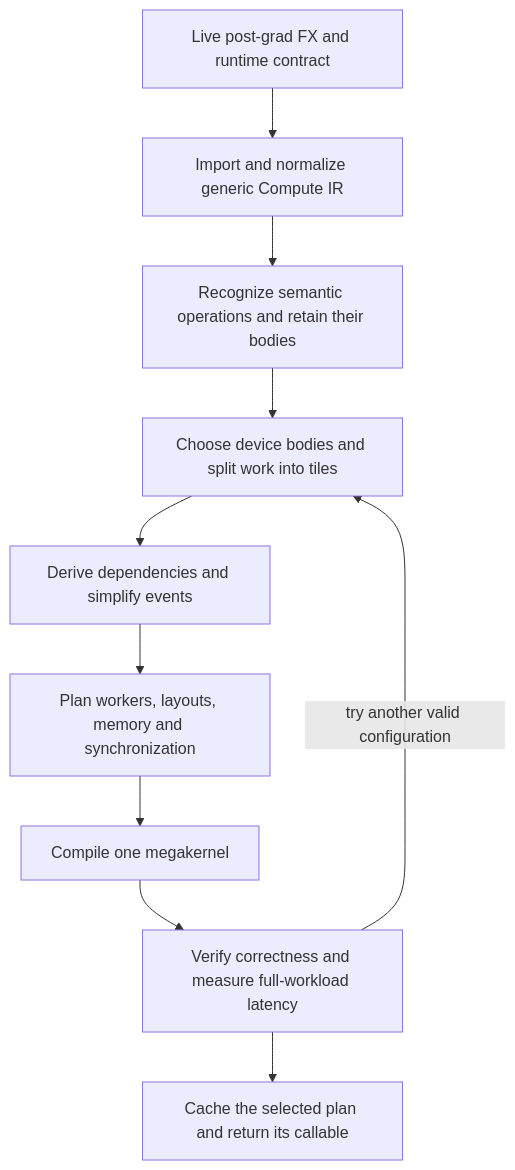
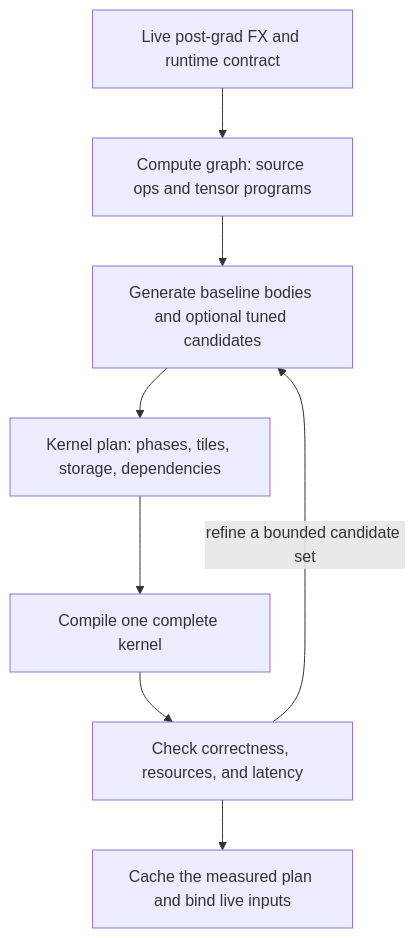
Before and after one commit to megabake/megabake: the diagram in ARCHITECTURE.md, drawn with Mermaid. The commit also changed other lines of this file and 20 other files, not shown here.

Commit message:
architecting v4

````diff
--- a/ARCHITECTURE.md
+++ b/ARCHITECTURE.md
@@ -35,12 +86,10 @@
 ```mermaid
 flowchart TD
-    FX[Live post-grad FX and runtime contract] --> IR[Import and normalize generic Compute IR]
-    IR --> SEM[Recognize semantic operations and retain their bodies]
-    SEM --> TASK[Choose device bodies and split work into tiles]
-    TASK --> EVENT[Derive dependencies and simplify events]
-    EVENT --> PLAN[Plan workers, layouts, memory and synchronization]
-    PLAN --> CODE[Compile one megakernel]
-    CODE --> CHECK[Verify correctness and measure full-workload latency]
-    CHECK -- try another valid configuration --> TASK
-    CHECK --> RUN[Cache the selected plan and return its callable]
+    FX[Live post-grad FX and runtime contract] --> G[Compute graph: source ops and tensor programs]
+    G --> C[Generate baseline bodies and optional tuned candidates]
+    C --> P[Kernel plan: phases, tiles, storage, dependencies]
+    P --> K[Compile one complete kernel]
+    K --> V[Check correctness, resources, and latency]
+    V -- refine a bounded candidate set --> C
+    V --> R[Cache the measured plan and bind live inputs]
 ```
````
